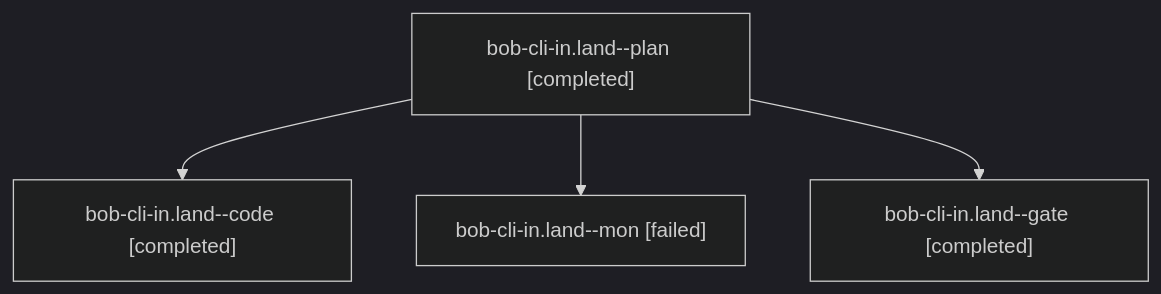
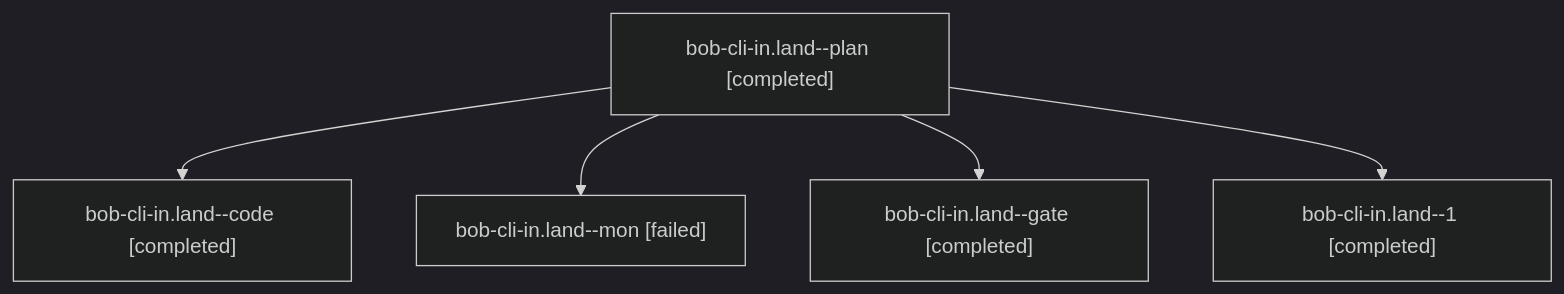
One commit to bobs-org/bob-cli--agents changed the diagram in sessions/bbugyi200.athena.bob-cli-in.land.md. Above: the diagram before and after it, drawn with Mermaid (dark theme). The commit also changed other lines of this file and 52 other files, not shown here.

````diff
--- a/sessions/bbugyi200.athena.bob-cli-in.land.md
+++ b/sessions/bbugyi200.athena.bob-cli-in.land.md
@@ -9,10 +9,12 @@
 ```mermaid
 flowchart TD
   n0["bob-cli-in.land--plan [completed]"]
   n1["bob-cli-in.land--code [completed]"]
   n0 --> n1
   n2["bob-cli-in.land--mon [failed]"]
   n0 --> n2
   n3["bob-cli-in.land--gate [completed]"]
   n0 --> n3
+  n4["bob-cli-in.land--1 [completed]"]
+  n0 --> n4
 ```
````
